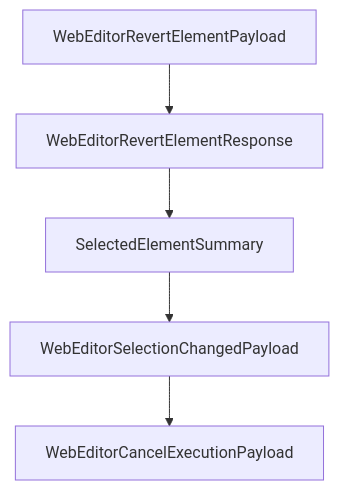
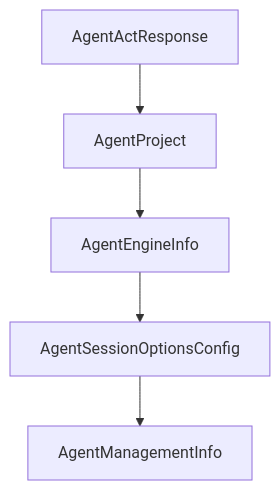
One commit to johnxie/awesome-code-docs changed the diagram in tutorials/mcp-chrome-tutorial/07-troubleshooting-permissions-and-security.md. Above: the diagram before and after it, drawn with Mermaid. The commit also changed other lines of this file and 1232 other files, not shown here.

````diff
--- a/tutorials/mcp-chrome-tutorial/07-troubleshooting-permissions-and-security.md
+++ b/tutorials/mcp-chrome-tutorial/07-troubleshooting-permissions-and-security.md
@@ -220,12 +218,12 @@
 ```mermaid
 flowchart TD
-    A[WebEditorRevertElementPayload]
-    B[WebEditorRevertElementResponse]
-    C[SelectedElementSummary]
-    D[WebEditorSelectionChangedPayload]
-    E[WebEditorCancelExecutionPayload]
+    A[AgentActResponse]
+    B[AgentProject]
+    C[AgentEngineInfo]
+    D[AgentSessionOptionsConfig]
+    E[AgentManagementInfo]
     A --> B
     B --> C
     C --> D
     D --> E
 ```
````
